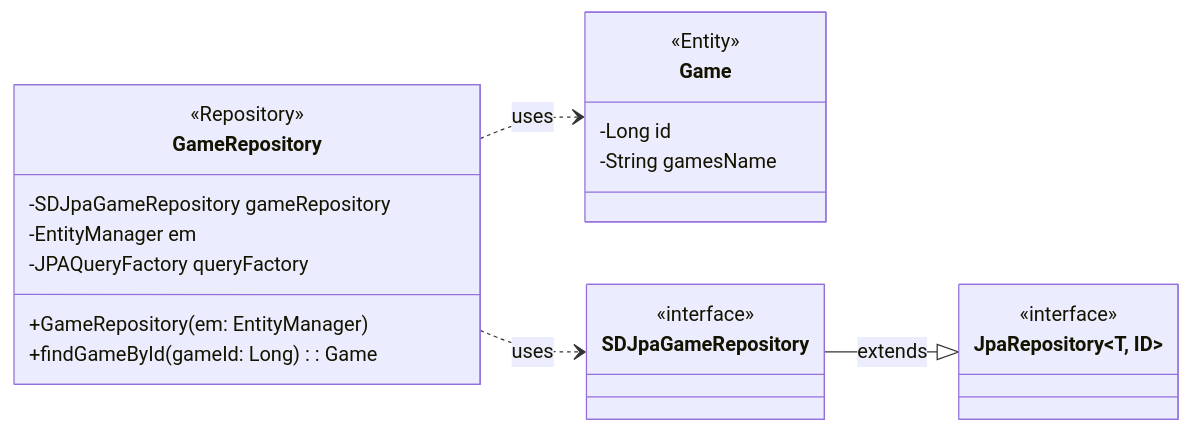
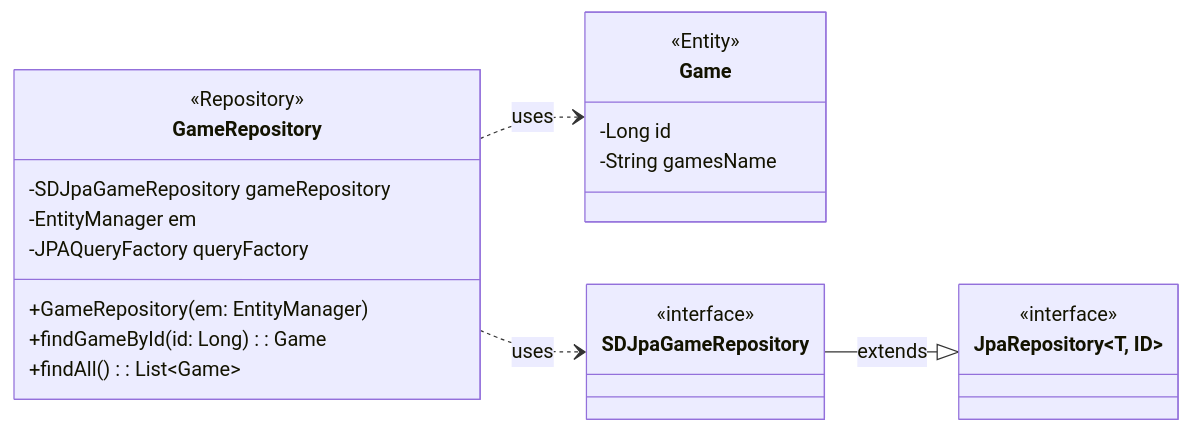
The diagram in SDS/classDiagram/gameClassDiagram.md (rororo33/game-s-cord), drawn with Mermaid before and after one commit. The commit also changed other lines of this file and 11 other files, not shown here.

Commit message:
feat:classDiagram

````diff
--- a/SDS/classDiagram/gameClassDiagram.md
+++ b/SDS/classDiagram/gameClassDiagram.md
@@ -3,32 +3,33 @@
 ```mermaid
     classDiagram
     direction LR
     
     class GameRepository {
         <<Repository>>
         -SDJpaGameRepository gameRepository
         -EntityManager em
         -JPAQueryFactory queryFactory
         +GameRepository(em: EntityManager)
-        +findGameById(gameId: Long): Game
+        +findGameById(id: Long): Game
+        +findAll(): List~Game~
     }
 
     class Game {
         <<Entity>>
         -Long id
         -String gamesName
     }
 
     class SDJpaGameRepository {
         <<interface>>
     }
 
     class JpaRepository~T, ID~ {
         <<interface>>
     }
 
-    %% Relationships
+
     SDJpaGameRepository --|> JpaRepository : extends
     GameRepository ..> SDJpaGameRepository : uses
     GameRepository ..> Game : uses
 ```
````
